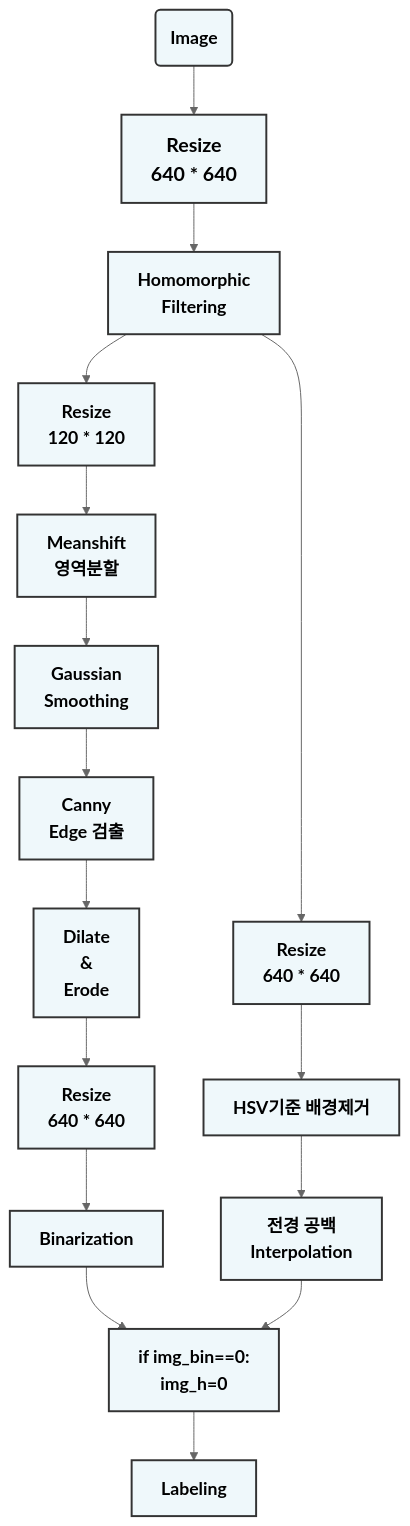
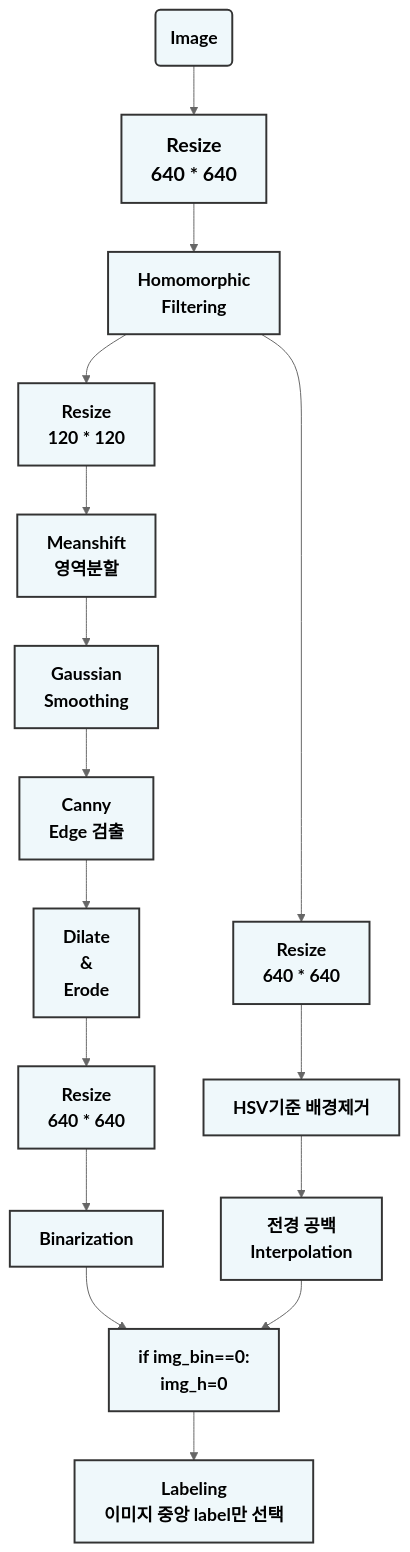
The second of 2 diagrams in Readme.md (201710808/-p), drawn with Mermaid (neutral theme) before and after one commit.

````diff
--- a/Readme.md
+++ b/Readme.md
@@ -13,39 +13,39 @@
 ```mermaid
 graph
 A(<b><span style='font-size:18px'>Image</span></b>)-->B[<b><span style='font-size:20px'>Resize<br>640 * 640</span></b>]
 B-->C[<b><span style='font-size:18px'>Homomorphic<br>Filtering</span></b>]
 C-->D1[<b><span style='font-size:18px'>Resize<br>120 * 120</span></b>]
 D1-->E1[<b><span style='font-size:18px'>Meanshift<br>영역분할</span></b>]
 E1-->F1[<b><span style='font-size:18px'>Gaussian<br>Smoothing</span></b>]
 F1-->G[<b><span style='font-size:18px'>Canny<br>Edge 검출</span></b>]
 G-->H[<b><span style='font-size:18px'>Dilate<br>&<br>Erode</span></b>]
 H-->I[<b><span style='font-size:18px'>Resize<br>640 * 640</span></b>]
 I-->J[<b><span style='font-size:18px'>Binarization</span></b>]
 
 C-->D2[<b><span style='font-size:18px'>Resize<br>640 * 640</span></b>]
 D2-->E2[<b><span style='font-size:18px'>HSV기준 배경제거</span></b>]
 E2-->F2[<b><span style='font-size:18px'>전경 공백<br>Interpolation</span></b>]
 
 J-->K
 F2-->K[<b><span style='font-size:18px'>if img_bin==0:<br>img_h=0</span></b>]
-K-->L[<b><span style='font-size:18px'>Labeling</span></b>]
+K-->L[<b><span style='font-size:18px'>Labeling<br>이미지 중앙 label만 선택</span></b>]
 
 
 style A fill:#EFF8FB ,stroke:#333,stroke-width:2px
 style B fill:#EFF8FB ,stroke:#333,stroke-width:2px
 style C fill:#EFF8FB ,stroke:#333,stroke-width:2px
 style D1 fill:#EFF8FB ,stroke:#333,stroke-width:2px
 style E1 fill:#EFF8FB ,stroke:#333,stroke-width:2px
 style F1 fill:#EFF8FB ,stroke:#333,stroke-width:2px
 style G fill:#EFF8FB ,stroke:#333,stroke-width:2px
 style H fill:#EFF8FB ,stroke:#333,stroke-width:2px
 style I fill:#EFF8FB ,stroke:#333,stroke-width:2px
 style J fill:#EFF8FB ,stroke:#333,stroke-width:2px
 
 style D2 fill:#EFF8FB ,stroke:#333,stroke-width:2px
 style E2 fill:#EFF8FB ,stroke:#333,stroke-width:2px
 style F2 fill:#EFF8FB ,stroke:#333,stroke-width:2px
 
 style K fill:#EFF8FB ,stroke:#333,stroke-width:2px
 style L fill:#EFF8FB ,stroke:#333,stroke-width:2px
 ```
````
